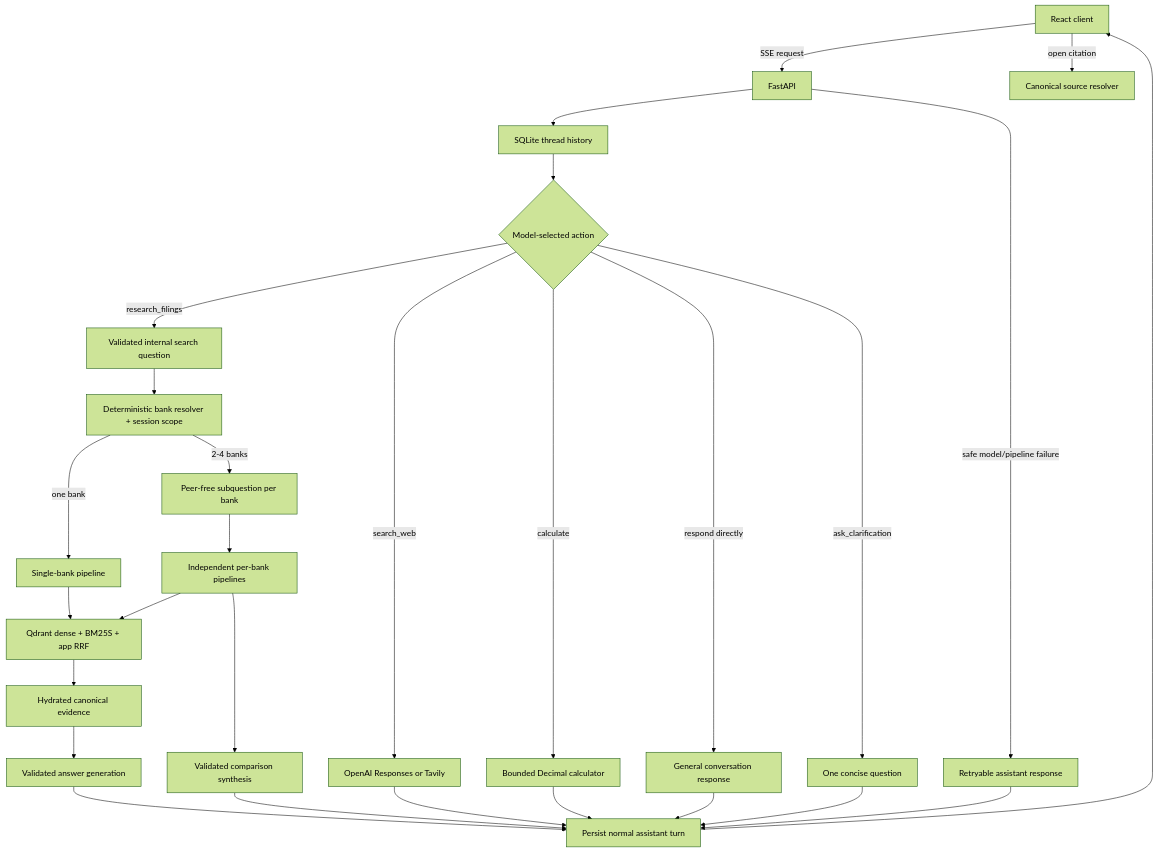
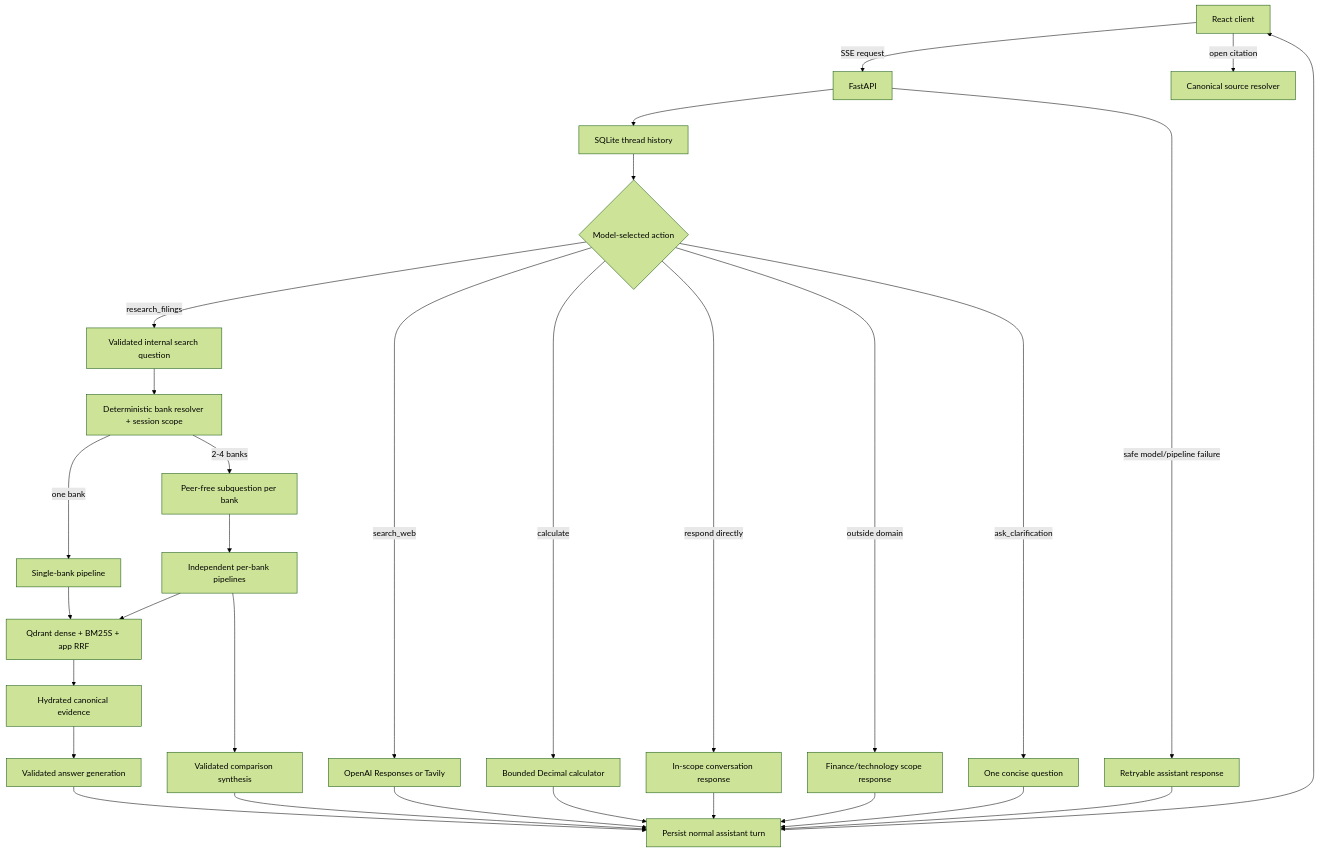
One commit to nikolabakic/Banking-Technology-and-Operational-Risk-Intelligence-Assistant changed the second of 2 diagrams in README.md. Above: the diagram before and after it, drawn with Mermaid (forest theme). The commit also changed other lines of this file and 12 other files, not shown here.

Commit message:
Refactor conversation routing to enforce finance and technology scope; update documentation and tests for out-of-scope handling

````diff
--- a/README.md
+++ b/README.md
@@ -186,30 +188,32 @@
 ```mermaid
 flowchart TD
     UI[React client] -->|SSE request| API[FastAPI]
     API --> History[SQLite thread history]
     History --> FrontDoor{Model-selected action}
-    FrontDoor -->|respond directly| Direct[General conversation response]
+    FrontDoor -->|respond directly| Direct[In-scope conversation response]
+    FrontDoor -->|outside domain| Scope[Finance/technology scope response]
     FrontDoor -->|ask_clarification| Clarify[One concise question]
     FrontDoor -->|research_filings| Context[Validated internal search question]
     FrontDoor -->|search_web| Web[OpenAI Responses or Tavily]
     FrontDoor -->|calculate| Calc[Bounded Decimal calculator]
     Context --> Resolve[Deterministic bank resolver + session scope]
     Resolve -->|one bank| Single[Single-bank pipeline]
     Resolve -->|2-4 banks| Plan[Peer-free subquestion per bank]
     Plan --> Multi[Independent per-bank pipelines]
     Single --> Retrieval[Qdrant dense + BM25S + app RRF]
     Multi --> Retrieval
     Retrieval --> Evidence[Hydrated canonical evidence]
     Evidence --> Generate[Validated answer generation]
     Multi --> Synthesis[Validated comparison synthesis]
     Generate --> Persist[Persist normal assistant turn]
     Synthesis --> Persist
     Web --> Persist
     Calc --> Persist
     Direct --> Persist
+    Scope --> Persist
     Clarify --> Persist
     API -->|safe model/pipeline failure| Recovery[Retryable assistant response]
     Recovery --> Persist
     Persist --> UI
     UI -->|open citation| Sources[Canonical source resolver]
 ```
````
